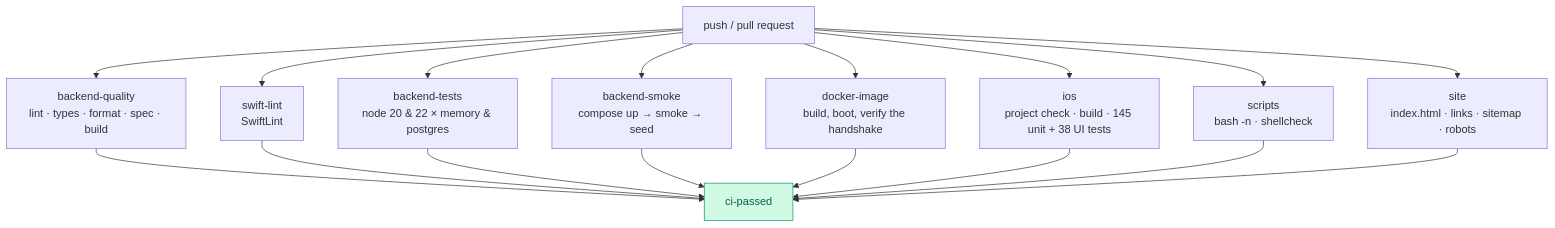
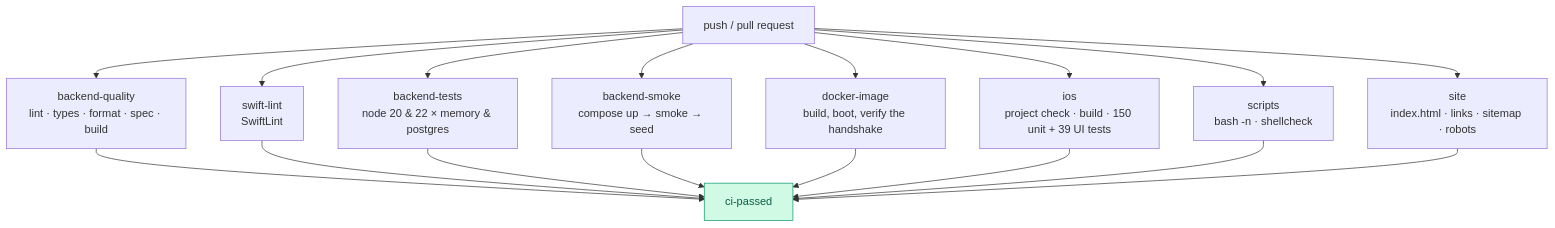
One commit to hoangsonww/Flappy-Bird-Game changed the first of 2 diagrams in docs/CI-CD.md. Above: the diagram before and after it, drawn with Mermaid. The commit also changed 22 other files, not shown here.

````diff
--- a/docs/CI-CD.md
+++ b/docs/CI-CD.md
@@ -14,24 +14,24 @@
 ```mermaid
 flowchart TB
     Push["push / pull request"]
 
     Push --> BQ["backend-quality<br/>lint · types · format · spec · build"]
     Push --> BT["backend-tests<br/>node 20 & 22 × memory & postgres"]
     Push --> BS["backend-smoke<br/>compose up → smoke → seed"]
     Push --> DI["docker-image<br/>build, boot, verify the handshake"]
-    Push --> IOS["ios<br/>project check · build · 145 unit + 38 UI tests"]
+    Push --> IOS["ios<br/>project check · build · 150 unit + 39 UI tests"]
     Push --> SL["swift-lint<br/>SwiftLint"]
     Push --> SC["scripts<br/>bash -n · shellcheck"]
     Push --> ST["site<br/>index.html · links · sitemap · robots"]
 
     BQ --> Gate["ci-passed"]
     SL --> Gate
     BT --> Gate
     BS --> Gate
     DI --> Gate
     IOS --> Gate
     SC --> Gate
     ST --> Gate
 
     style Gate fill:#d1fae5,stroke:#059669,color:#065f46
 ```
````
